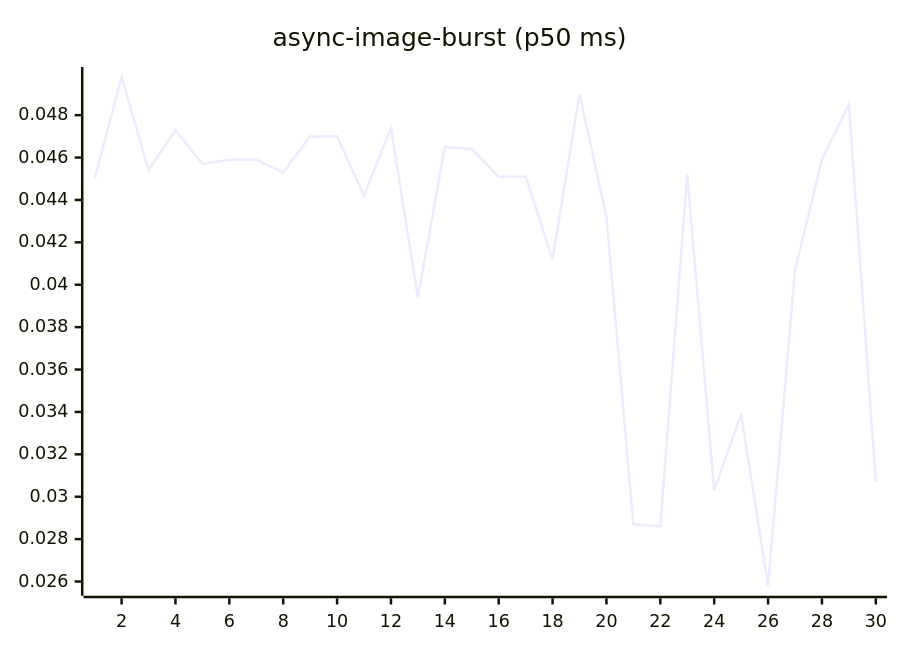
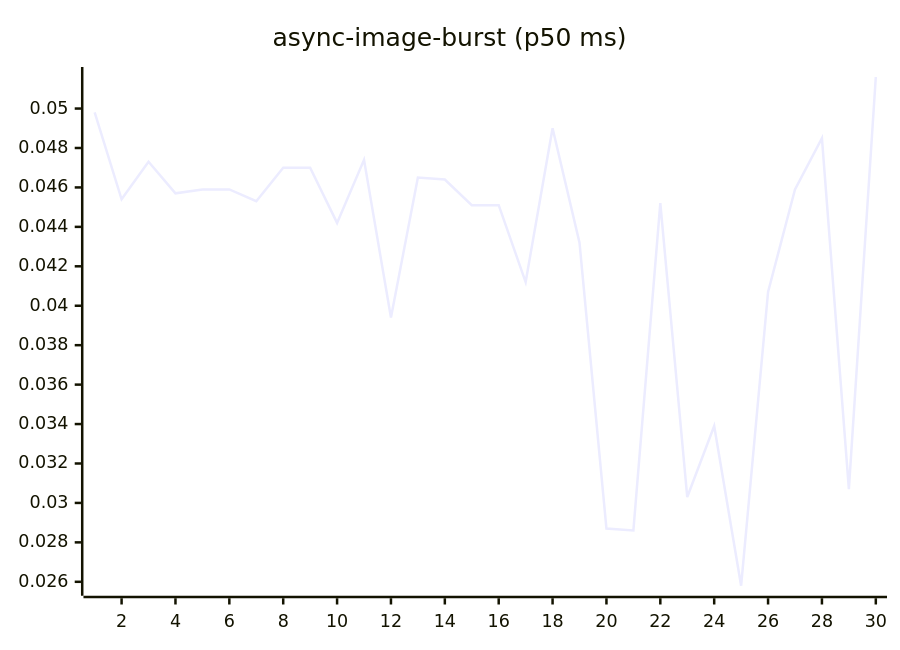
Before and after one commit to josha/Facet: the fourth of 27 diagrams in README.md, drawn with Mermaid. The commit also changed other lines of this file and 2 other files, not shown here.

````diff
--- a/README.md
+++ b/README.md
@@ -84,6 +84,6 @@
 ```mermaid
 xychart-beta
     title "async-image-burst (p50 ms)"
     x-axis 1 --> 30
-    line [0.0450, 0.0498, 0.0454, 0.0473, 0.0457, 0.0459, 0.0459, 0.0453, 0.0470, 0.0470, 0.0442, 0.0474, 0.0394, 0.0465, 0.0464, 0.0451, 0.0451, 0.0412, 0.0490, 0.0432, 0.0287, 0.0286, 0.0452, 0.0303, 0.0339, 0.0258, 0.0407, 0.0459, 0.0485, 0.0307]
+    line [0.0498, 0.0454, 0.0473, 0.0457, 0.0459, 0.0459, 0.0453, 0.0470, 0.0470, 0.0442, 0.0474, 0.0394, 0.0465, 0.0464, 0.0451, 0.0451, 0.0412, 0.0490, 0.0432, 0.0287, 0.0286, 0.0452, 0.0303, 0.0339, 0.0258, 0.0407, 0.0459, 0.0485, 0.0307, 0.0516]
 ```
````
